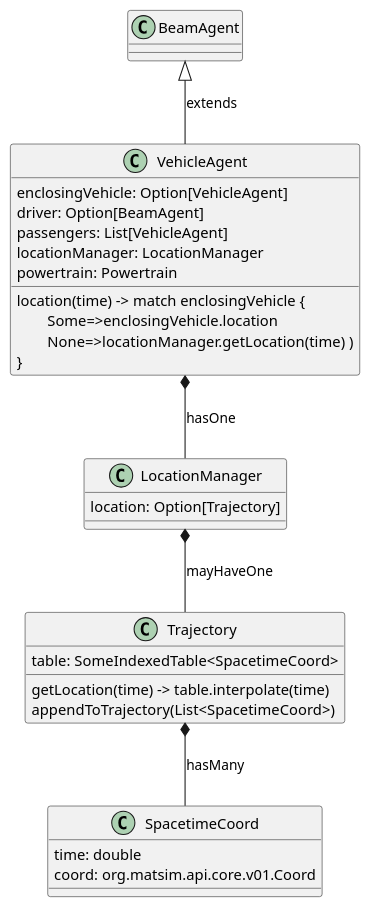
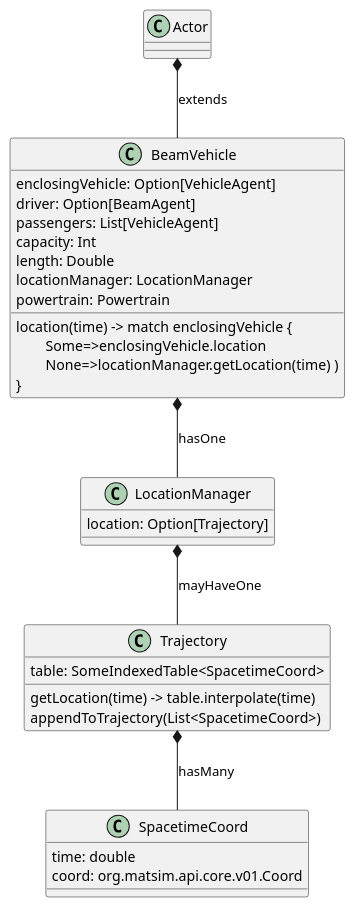
The diagram in docs/uml/VehicleAgentSpec.puml (LBNL-UCB-STI/beam), drawn with PlantUML before and after one commit.

Commit message:
reformulte VehicleAgent as a BeamVehicle which is an actor but not a BeamAgent

```diff
--- a/docs/uml/VehicleAgentSpec.puml
+++ b/docs/uml/VehicleAgentSpec.puml
@@ -1,51 +1,50 @@
 @startuml
 scale 900 height
 
 ' See this page for diagram conventions:
 ' http://plantuml.com/class-diagram
 
 /'
 NOTES:
 A driver is a BeamAgent and does NOT need to be physically inside vehicle
 passengers are BeamVehicles and are physically in vehicle and move with the vehicle
 (e.g. a PersonAgent who is driving alone would be the driver of the vehicle and his/her
 HumanBodyVehicle would be a passenger)
 HumanBody is a special case, it has no passengers, just a driver
+Transit Vehicles will need a boardAlightDelayFunction
  '/
 
-class BeamAgent {
-}
-
-class VehicleAgent {
+class BeamVehicle {
   enclosingVehicle: Option[VehicleAgent]
   driver: Option[BeamAgent]
   passengers: List[VehicleAgent]
+  capacity: Int
+  length: Double
   locationManager: LocationManager
   powertrain: Powertrain
   location(time) -> match enclosingVehicle { \n\tSome=>enclosingVehicle.location\n\tNone=>locationManager.getLocation(time) )\n}
 }
 
 'Either make this an actor or remove and have trajectory under VehAgent
 class LocationManager {
    location: Option[Trajectory]
 }
 
 class Trajectory {
    table: SomeIndexedTable<SpacetimeCoord>
    getLocation(time) -> table.interpolate(time)
    appendToTrajectory(List<SpacetimeCoord>)
 }
 
 class SpacetimeCoord {
     time: double
     coord: org.matsim.api.core.v01.Coord
 }
 
-BeamAgent <|-- VehicleAgent : extends
-
-VehicleAgent *-- LocationManager : hasOne
+Actor *-- BeamVehicle : extends
+BeamVehicle *-- LocationManager : hasOne
 LocationManager *-- Trajectory : mayHaveOne
 Trajectory *-- SpacetimeCoord: hasMany
 
 
 @enduml
```
